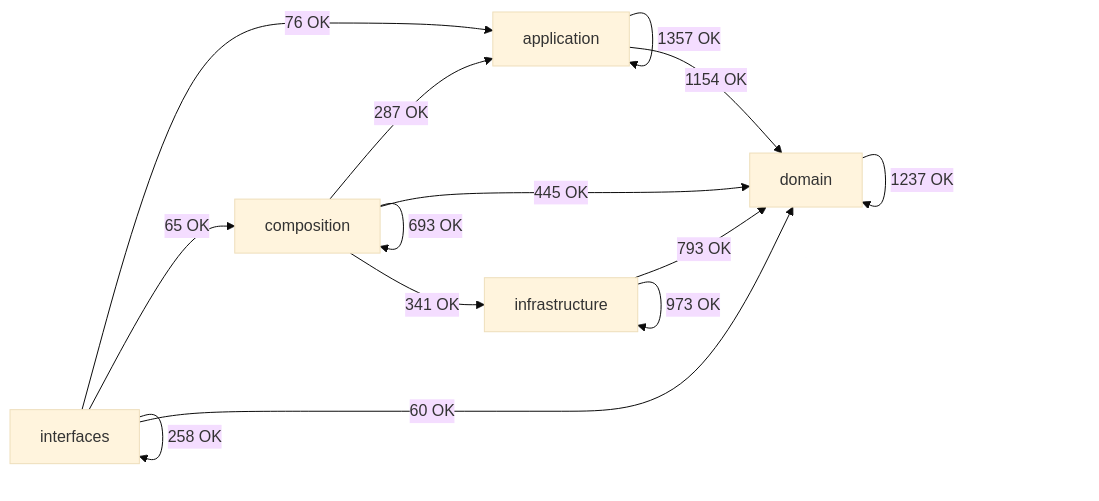
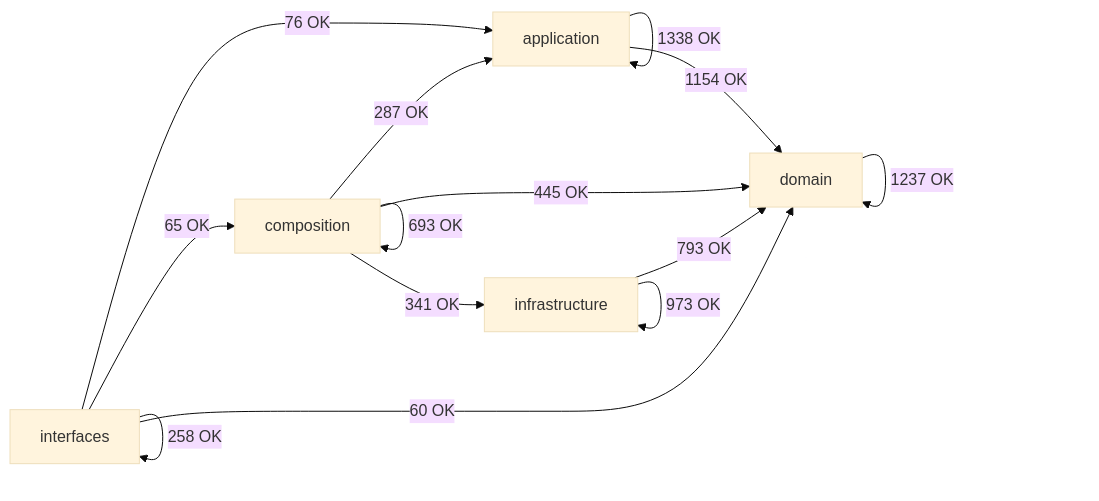
One commit to SatoryKono/BioactivityDataAcquisition changed the diagram in docs/02-architecture/generated/module-dependency-map.md. Above: the diagram before and after it, drawn with Mermaid (base theme). The commit also changed other lines of this file and 131 other files, not shown here.

````diff
--- a/docs/02-architecture/generated/module-dependency-map.md
+++ b/docs/02-architecture/generated/module-dependency-map.md
@@ -17,21 +17,21 @@
 ```mermaid
 flowchart LR
     domain[domain]
     application[application]
     infrastructure[infrastructure]
     composition[composition]
     interfaces[interfaces]
-    application -->|1357 OK| application
+    application -->|1338 OK| application
     application -->|1154 OK| domain
     composition -->|287 OK| application
     composition -->|693 OK| composition
     composition -->|445 OK| domain
     composition -->|341 OK| infrastructure
     domain -->|1237 OK| domain
     infrastructure -->|793 OK| domain
     infrastructure -->|973 OK| infrastructure
     interfaces -->|76 OK| application
     interfaces -->|65 OK| composition
     interfaces -->|60 OK| domain
     interfaces -->|258 OK| interfaces
 ```
````
